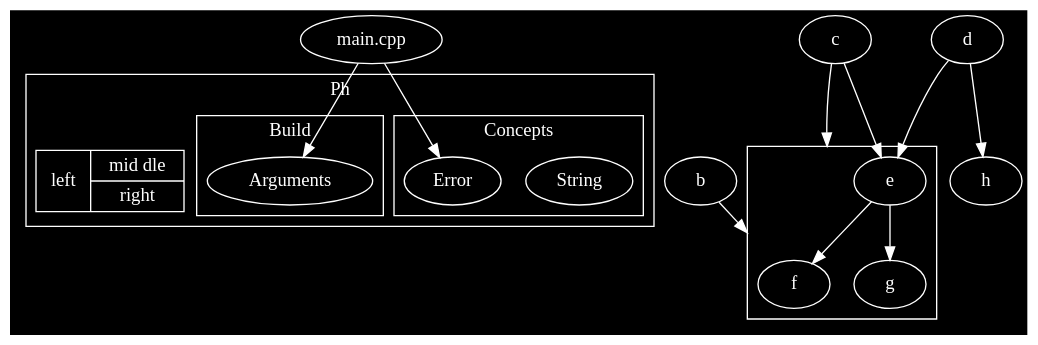
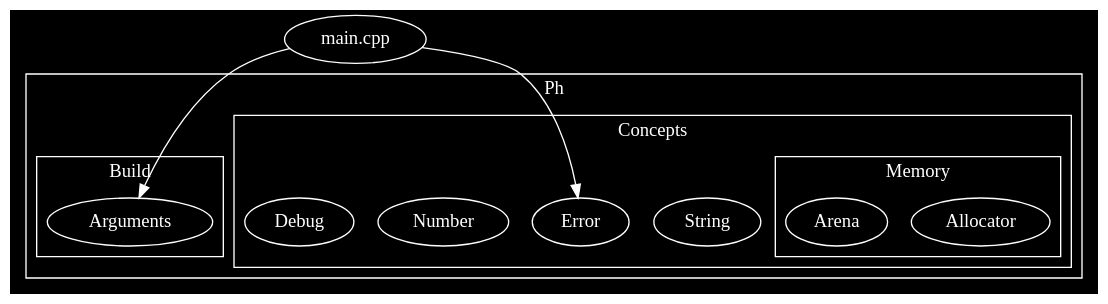
One commit to phiwen96/ph changed the first of 9 diagrams in README.md. Above: the diagram before and after it, drawn with Graphviz.

````diff
--- a/README.md
+++ b/README.md
@@ -36,50 +36,47 @@
 ```graphviz
 digraph G 
 {
 	compound=true;
 	graph [bgcolor=black fontcolor=white color=white];
 	node [fillcolor=black style=filled color=white fontcolor=white];
 	edge [color=white fontcolor=white];
 
 	subgraph cluster0
 	{
 		label = "Ph"
 
-		struct1 [shape=record,label="<f0> left|{<f1> mid\ dle|<f2> right}"];
-
 		subgraph cluster00 
 		{
 			label = "Concepts"
 
 			"String";
 			"Error";
+			"Number";
+			"Debug";
+
+			subgraph cluster000
+			{
+				label = "Memory"
+				"Allocator"
+				"Arena"
+			}
 		}
 
 		subgraph cluster01
 		{
 			label = "Build"
 
 			"Arguments";
 			
 		}
 	}
 
 	"main.cpp" -> "Arguments"
 	"main.cpp" -> "Error"
 
 
 	
 	
-	subgraph cluster2
-	{
-		e -> g;
-		e -> f;
-	}
-	b -> f [lhead=cluster2];
-	d -> e;
-	c -> g [ltail=cluster1,
-	lhead=cluster2];
-	c -> e [ltail=cluster1];
-	d -> h;
+	
 }
 ```
````
